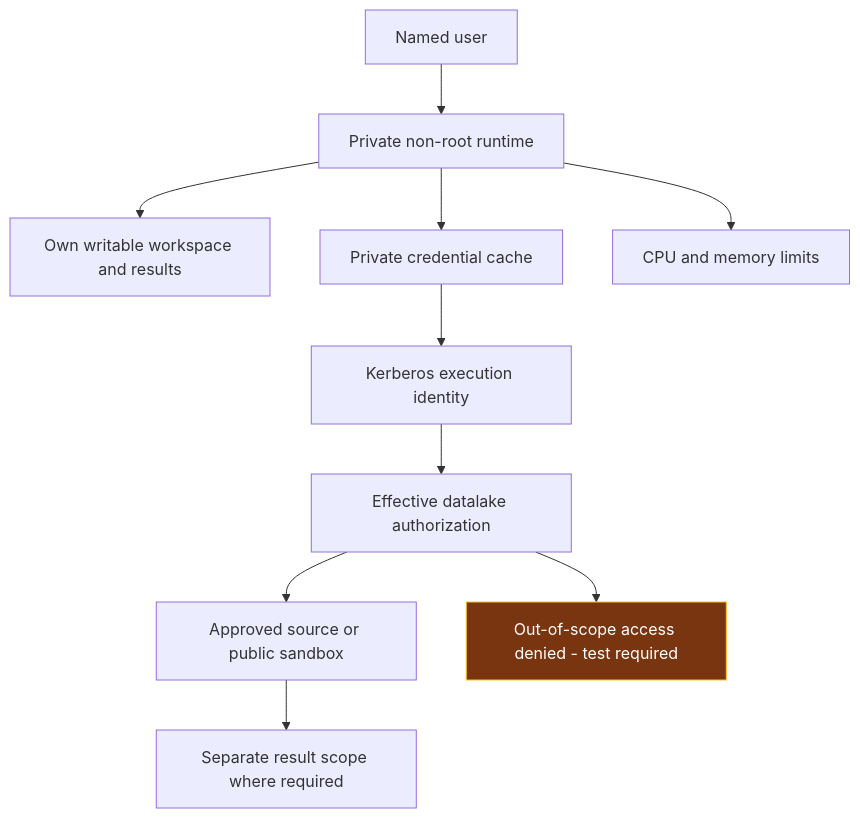
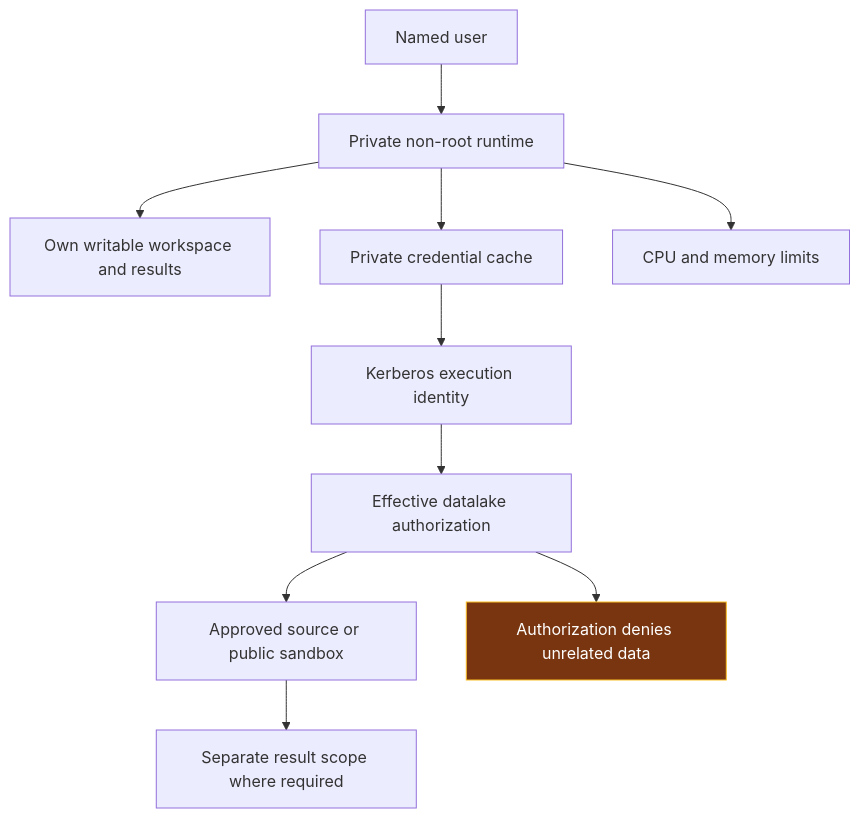
One commit to skunpoj/dsh_setup changed the second of 3 diagrams in docs/DSH_RDT_PILOT_SECURITY_CONTROL_ASSESSMENT.md. Above: the diagram before and after it, drawn with Mermaid. The commit also changed other lines of this file and 3 other files, not shown here.

````diff
--- a/docs/DSH_RDT_PILOT_SECURITY_CONTROL_ASSESSMENT.md
+++ b/docs/DSH_RDT_PILOT_SECURITY_CONTROL_ASSESSMENT.md
@@ -92,14 +85,14 @@
 ```mermaid
 flowchart TB
  U[Named user] --> P[Private non-root runtime]
  P --> W[Own writable workspace and results]
  P --> C[Private credential cache]
  C --> K[Kerberos execution identity]
  K --> A[Effective datalake authorization]
  A --> D[Approved source or public sandbox]
- A --> N[Out-of-scope access denied - test required]
+ A --> N[Authorization denies unrelated data]
  P --> Q[CPU and memory limits]
  D --> O[Separate result scope where required]
  classDef pending fill:#78350f,stroke:#fbbf24,color:#ffffff
  class N pending
 ```
````
